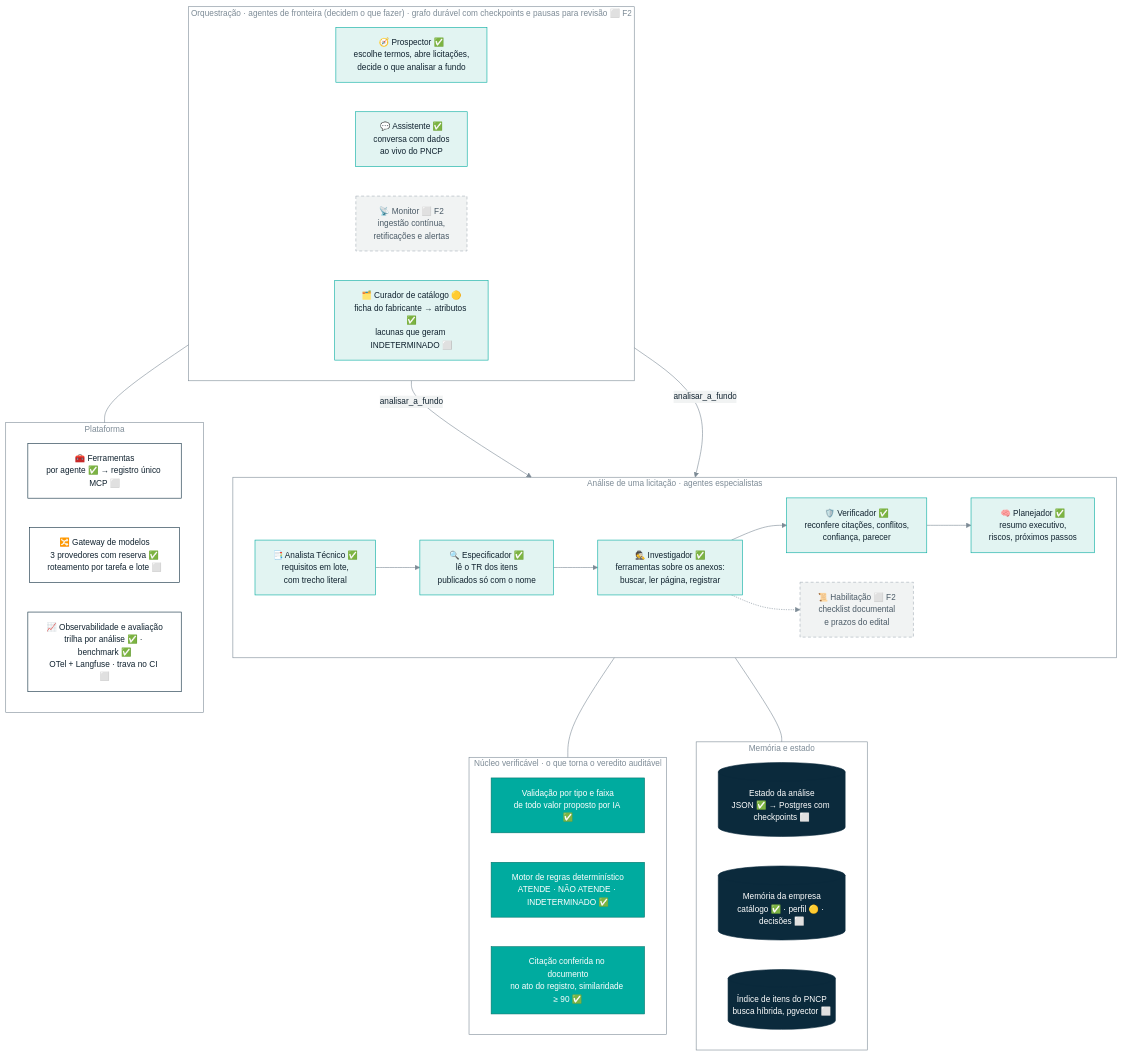
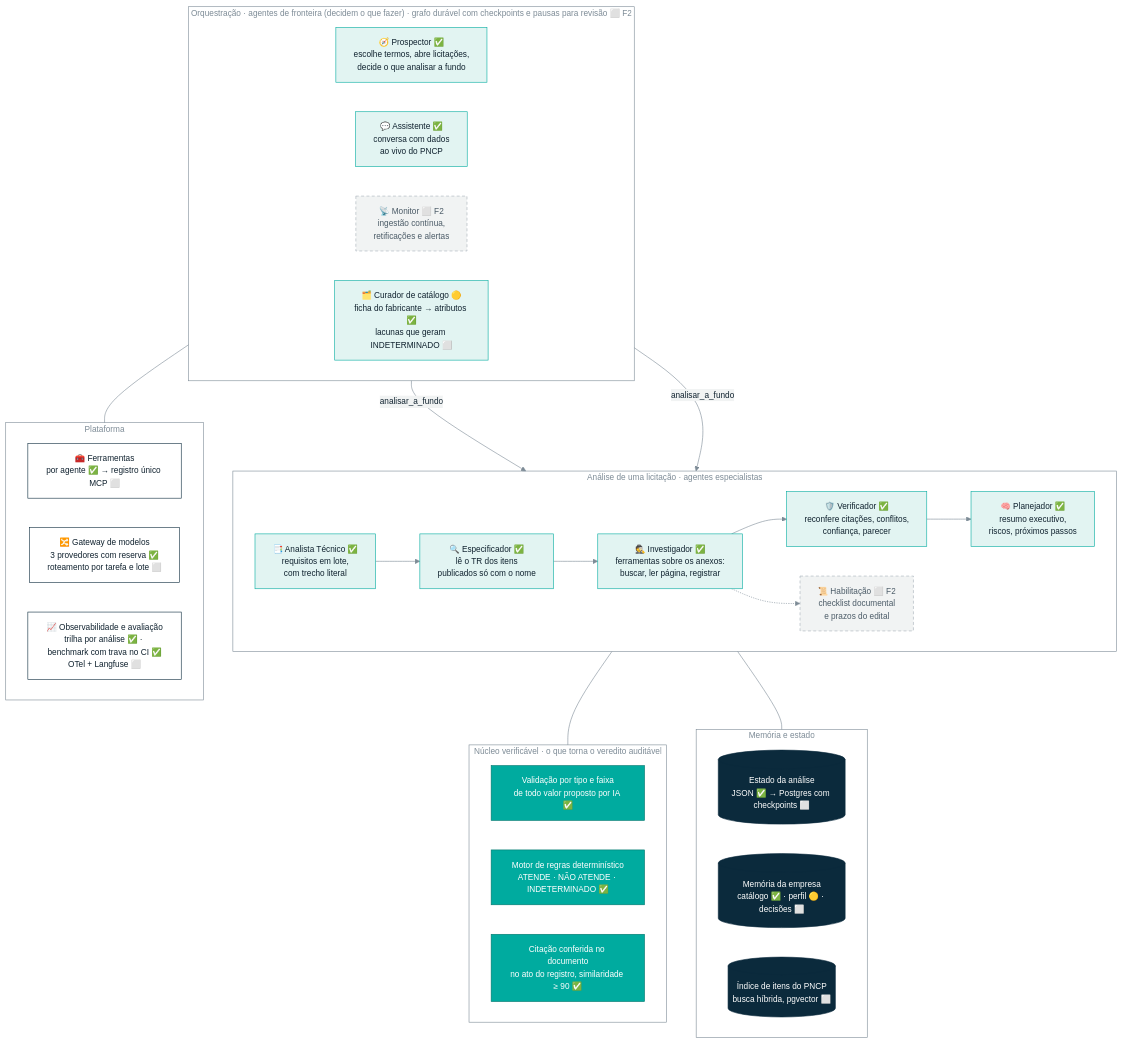
The second of 4 diagrams in README.md (Omniamind-org/obranexo), drawn with Mermaid before and after one commit. The commit also changed other lines of this file and 13 other files, not shown here.

First line of the commit message:
ci: lint, testes e benchmark como trava de qualidade no GitHub Actions

````diff
--- a/README.md
+++ b/README.md
@@ -139,50 +139,50 @@
 ```mermaid
 %%{init: {'theme':'base','themeVariables':{'primaryColor':'#e2f4f2','primaryTextColor':'#10222f','primaryBorderColor':'#00ab9f','lineColor':'#7d8b96','edgeLabelBackground':'#f1f3f3','fontSize':'14px','clusterBkg':'transparent','clusterBorder':'#7d8b96','titleColor':'#7d8b96'}}}%%
 flowchart TB
   subgraph ORQ[" Orquestração · agentes de fronteira (decidem o que fazer) · grafo durável com checkpoints e pausas para revisão ⬜ F2 "]
     direction LR
     PR[🧭 Prospector ✅<br/>escolhe termos, abre licitações,<br/>decide o que analisar a fundo]:::ag
     AS[💬 Assistente ✅<br/>conversa com dados<br/>ao vivo do PNCP]:::ag
     MO[📡 Monitor ⬜ F2<br/>ingestão contínua,<br/>retificações e alertas]:::plan
     CU[🗂️ Curador de catálogo 🟡<br/>ficha do fabricante → atributos ✅<br/>lacunas que geram INDETERMINADO ⬜]:::ag
   end
   subgraph AN[" Análise de uma licitação · agentes especialistas "]
     direction LR
     AT[📑 Analista Técnico ✅<br/>requisitos em lote,<br/>com trecho literal]:::ag
     ES[🔍 Especificador ✅<br/>lê o TR dos itens<br/>publicados só com o nome]:::ag
     IN[🕵️ Investigador ✅<br/>ferramentas sobre os anexos:<br/>buscar, ler página, registrar]:::ag
     HB[📜 Habilitação ⬜ F2<br/>checklist documental<br/>e prazos do edital]:::plan
     VE[🛡️ Verificador ✅<br/>reconfere citações, conflitos,<br/>confiança, parecer]:::ag
     PL[🧠 Planejador ✅<br/>resumo executivo,<br/>riscos, próximos passos]:::ag
     AT --> ES --> IN --> VE --> PL
     IN -.-> HB
   end
   subgraph NUC[" Núcleo verificável · o que torna o veredito auditável "]
     direction LR
     N1[Validação por tipo e faixa<br/>de todo valor proposto por IA ✅]:::core
     N2[Motor de regras determinístico<br/>ATENDE · NÃO ATENDE · INDETERMINADO ✅]:::core
     N3[Citação conferida no documento<br/>no ato do registro, similaridade ≥ 90 ✅]:::core
   end
   subgraph MEM[" Memória e estado "]
     direction LR
     M1[(Estado da análise<br/>JSON ✅ → Postgres com checkpoints ⬜)]:::mem
     M2[(Memória da empresa<br/>catálogo ✅ · perfil 🟡 · decisões ⬜)]:::mem
     M3[(Índice de itens do PNCP<br/>busca híbrida, pgvector ⬜)]:::mem
   end
   subgraph INF[" Plataforma "]
     direction LR
     TR[🧰 Ferramentas<br/>por agente ✅ → registro único MCP ⬜]:::inf
     GW[🔀 Gateway de modelos<br/>3 provedores com reserva ✅<br/>roteamento por tarefa e lote ⬜]:::inf
-    OB[📈 Observabilidade e avaliação<br/>trilha por análise ✅ · benchmark ✅<br/>OTel + Langfuse · trava no CI ⬜]:::inf
+    OB[📈 Observabilidade e avaliação<br/>trilha por análise ✅ · benchmark com trava no CI ✅<br/>OTel + Langfuse ⬜]:::inf
   end
   PR -- analisar_a_fundo --> AN
   AS -- analisar_a_fundo --> AN
   AN --- NUC
   AN --- MEM
   ORQ --- INF
   classDef ag fill:#e2f4f2,stroke:#00ab9f,color:#10222f
   classDef plan fill:#f1f3f3,stroke:#a5b0b8,color:#4b5b67,stroke-dasharray:5 4
   classDef core fill:#00ab9f,stroke:#00756c,color:#ffffff
   classDef mem fill:#0b2a3c,stroke:#0b2a3c,color:#ffffff
   classDef inf fill:#ffffff,stroke:#0b2a3c,color:#10222f
 ```
````
